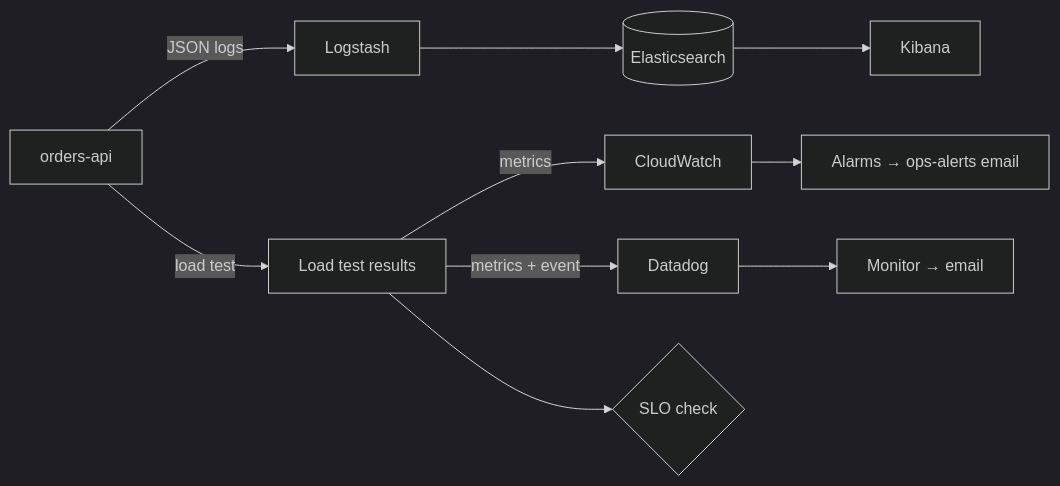
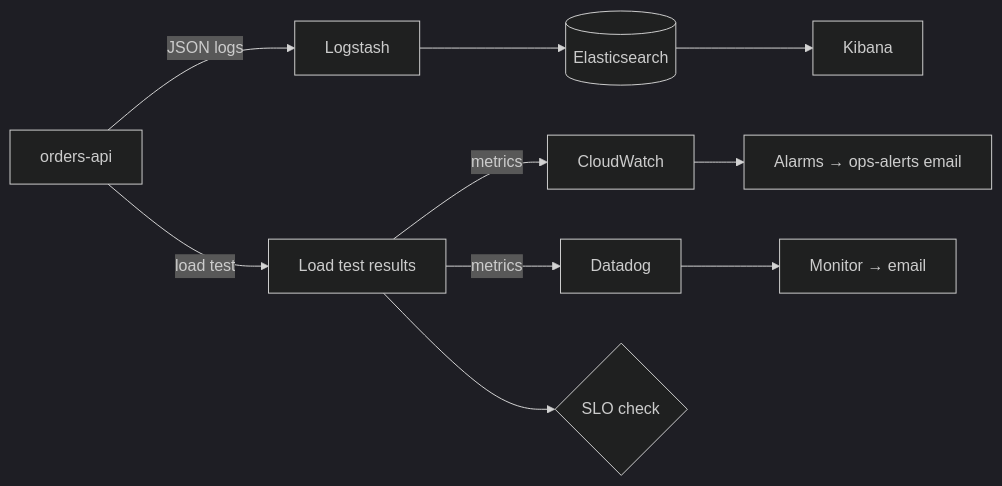
Before and after one commit to dkojo/observability-platform: the diagram in README.md, drawn with Mermaid (dark theme). The commit also changed other lines of this file and 1 other file, not shown here.

Commit message:
Datadog: send metrics only (the free plan rejects API events)

````diff
--- a/README.md
+++ b/README.md
@@ -11,8 +11,8 @@
 ```mermaid
 flowchart LR
   app[orders-api] -->|JSON logs| ls[Logstash] --> es[(Elasticsearch)] --> kb[Kibana]
   app -->|load test| lt[Load test results]
   lt -->|metrics| cw[CloudWatch] --> alarm[Alarms → ops-alerts email]
-  lt -->|metrics + event| dd[Datadog] --> mon[Monitor → email]
+  lt -->|metrics| dd[Datadog] --> mon[Monitor → email]
   lt --> slo{SLO check}
 ```
````
